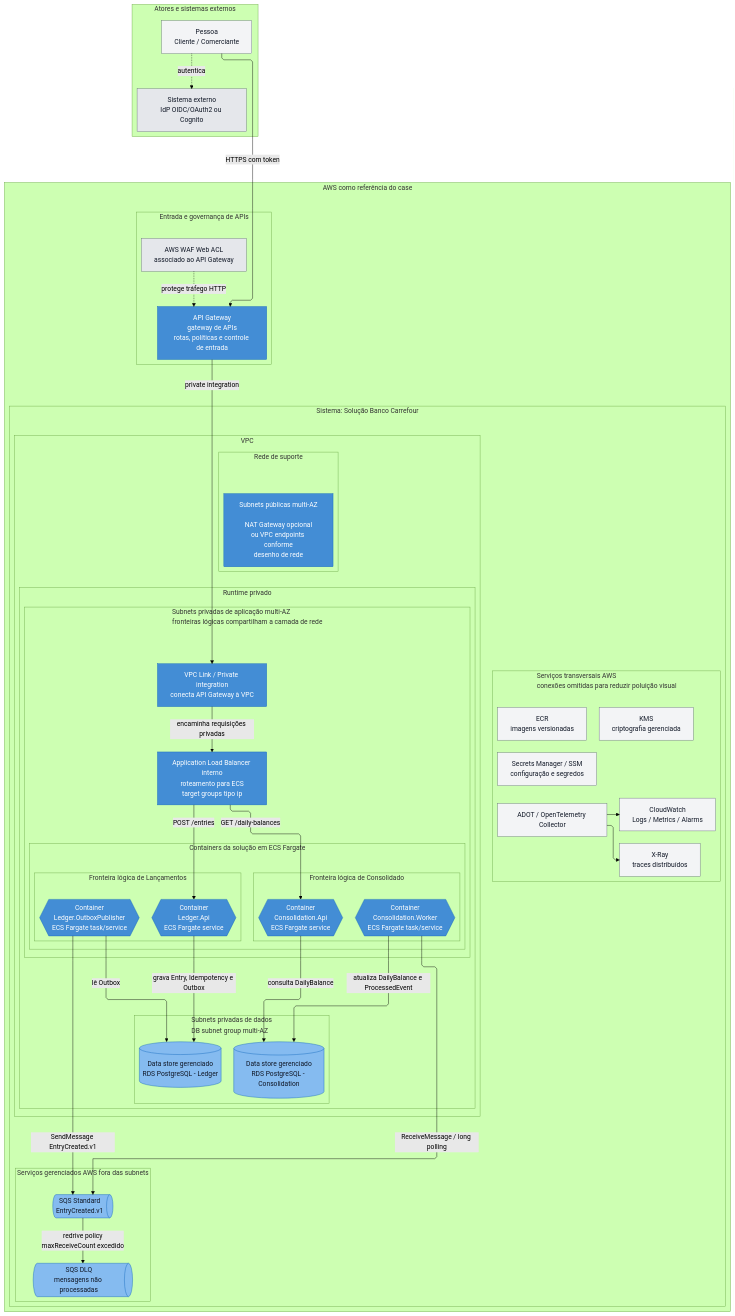
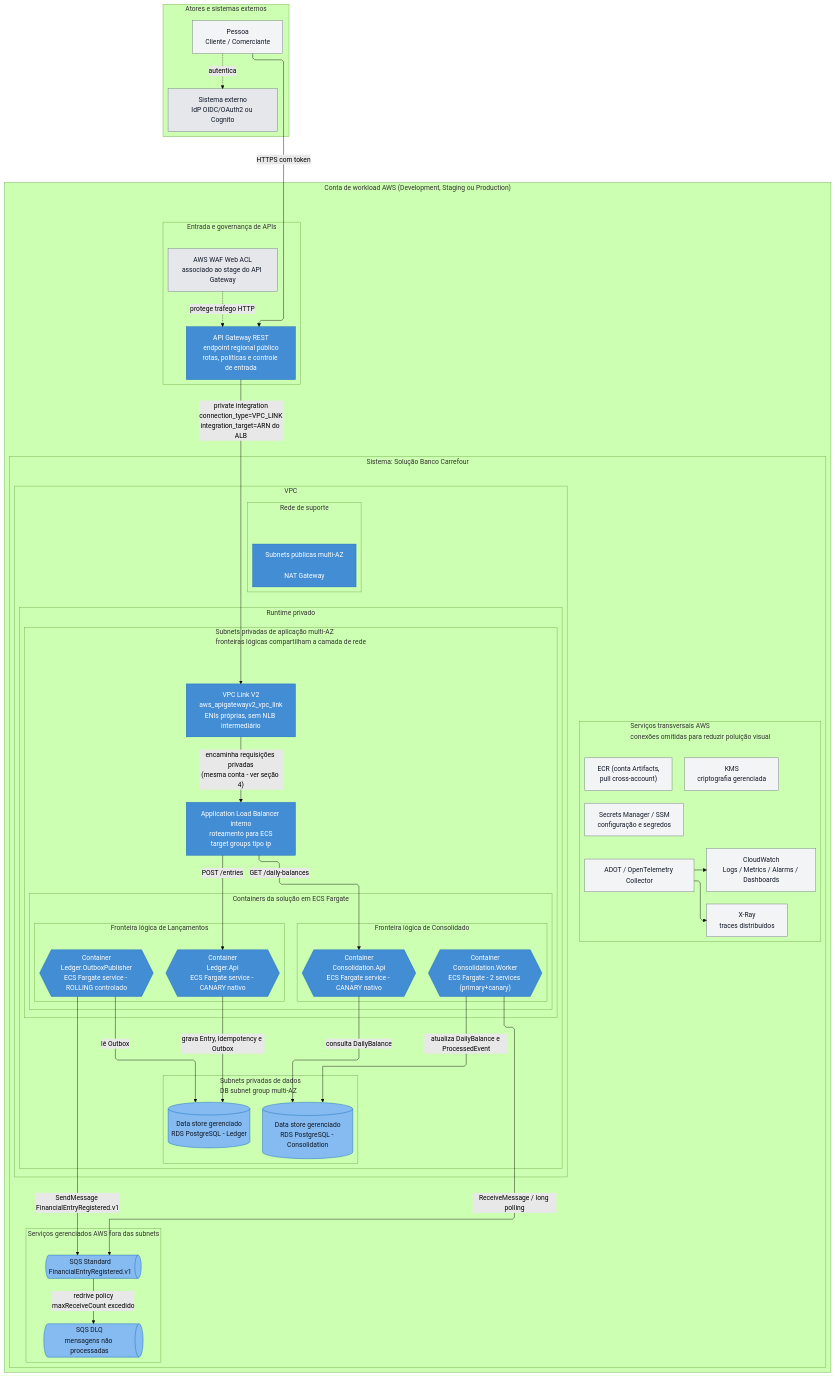
One commit to LeandroVarga/banco-carrefour changed the third of 24 diagrams in docs/architecture/06-diagramas.md. Above: the diagram before and after it, drawn with Mermaid (forest theme). The commit also changed other lines of this file and 58 other files, not shown here.

```diff
--- a/docs/architecture/06-diagramas.md
+++ b/docs/architecture/06-diagramas.md
@@ -96,13 +177,13 @@
         idp["Sistema externo<br/>IdP OIDC/OAuth2 ou Cognito"]
     end
 
-    subgraph aws["AWS como referência do case"]
+    subgraph aws["Conta de workload AWS (Development, Staging ou Production)"]
         direction TB
 
         subgraph edge["Entrada e governança de APIs"]
             direction TB
-            waf["AWS WAF Web ACL<br/>associado ao API Gateway"]
-            apiGateway["API Gateway<br/>gateway de APIs<br/>rotas, políticas e controle de entrada"]
+            waf["AWS WAF Web ACL<br/>associado ao stage do API Gateway"]
+            apiGateway["API Gateway REST<br/>endpoint regional público<br/>rotas, políticas e controle de entrada"]
         end
 
         subgraph solution["Sistema: Solução Banco Carrefour"]
@@ -114,7 +195,7 @@
                 subgraph leftNetworkColumn["Rede de suporte"]
                     direction TB
                     networkSpacer[" "]
-                    publicSubnets["Subnets públicas multi-AZ<br/><br/>NAT Gateway opcional<br/>ou VPC endpoints conforme<br/>desenho de rede"]
+                    publicSubnets["Subnets públicas multi-AZ<br/><br/>NAT Gateway"]
                 end
 
                 subgraph privateRuntimeColumn["Runtime privado"]
@@ -123,7 +204,7 @@
                     subgraph appSubnets["Subnets privadas de aplicação multi-AZ<br/>fronteiras lógicas compartilham a camada de rede"]
                         direction TB
 
-                        vpcLink["VPC Link / Private integration<br/>conecta API Gateway à VPC"]
+                        vpcLinkV2["VPC Link V2<br/>aws_apigatewayv2_vpc_link<br/>ENIs próprias, sem NLB intermediário"]
                         alb["Application Load Balancer interno<br/>roteamento para ECS<br/>target groups tipo ip"]
 
                         subgraph runtime["Containers da solução em ECS Fargate"]
@@ -131,14 +212,14 @@
 
                             subgraph consolidationBoundary["Fronteira lógica de Consolidado"]
                                 direction TB
-                                consolidationApi@{ shape: hex, label: "Container<br/>Consolidation.Api<br/>ECS Fargate service" }
-                                consolidationWorker@{ shape: hex, label: "Container<br/>Consolidation.Worker<br/>ECS Fargate task/service" }
+                                consolidationApi@{ shape: hex, label: "Container<br/>Consolidation.Api<br/>ECS Fargate service - CANARY nativo" }
+                                consolidationWorker@{ shape: hex, label: "Container<br/>Consolidation.Worker<br/>ECS Fargate - 2 services (primary+canary)" }
                             end
 
                             subgraph ledgerBoundary["Fronteira lógica de Lançamentos"]
                                 direction TB
-                                ledgerApi@{ shape: hex, label: "Container<br/>Ledger.Api<br/>ECS Fargate service" }
-                                outboxPublisher@{ shape: hex, label: "Container<br/>Ledger.OutboxPublisher<br/>ECS Fargate task/service" }
+                                ledgerApi@{ shape: hex, label: "Container<br/>Ledger.Api<br/>ECS Fargate service - CANARY nativo" }
+                                outboxPublisher@{ shape: hex, label: "Container<br/>Ledger.OutboxPublisher<br/>ECS Fargate service - ROLLING controlado" }
                             end
                         end
                     end
@@ -153,17 +234,17 @@
 
             subgraph messaging["Serviços gerenciados AWS fora das subnets"]
                 direction TB
-                sqs@{ shape: h-cyl, label: "SQS Standard<br/>EntryCreated.v1" }
+                sqs@{ shape: h-cyl, label: "SQS Standard<br/>FinancialEntryRegistered.v1" }
                 dlq@{ shape: h-cyl, label: "SQS DLQ<br/>mensagens não processadas" }
             end
 
             subgraph crossCutting["Serviços transversais AWS<br/>conexões omitidas para reduzir poluição visual"]
                 direction LR
-                ecr["ECR<br/>imagens versionadas"]
+                ecr["ECR (conta Artifacts,<br/>pull cross-account)"]
                 secrets["Secrets Manager / SSM<br/>configuração e segredos"]
                 kms["KMS<br/>criptografia gerenciada"]
                 adot["ADOT / OpenTelemetry Collector"]
-                cloudwatch["CloudWatch<br/>Logs / Metrics / Alarms"]
+                cloudwatch["CloudWatch<br/>Logs / Metrics / Alarms / Dashboards"]
                 xray["X-Ray<br/>traces distribuídos"]
             end
         end
@@ -173,8 +254,8 @@
     client -->|"HTTPS com token"| apiGateway
     waf -.->|"protege tráfego HTTP"| apiGateway
 
-    apiGateway -->|"private integration"| vpcLink
-    vpcLink -->|"encaminha requisições privadas"| alb
+    apiGateway -->|"private integration<br/>connection_type=VPC_LINK<br/>integration_target=ARN do ALB"| vpcLinkV2
+    vpcLinkV2 -->|"encaminha requisições privadas<br/>(mesma conta - ver seção 4)"| alb
 
     alb -->|"GET /daily-balances"| consolidationApi
     alb -->|"POST /entries"| ledgerApi
@@ -185,7 +266,7 @@
 
     ledgerApi -->|"grava Entry, Idempotency e Outbox"| ledgerRds
     outboxPublisher -->|"lê Outbox"| ledgerRds
-    outboxPublisher -->|"SendMessage EntryCreated.v1"| sqs
+    outboxPublisher -->|"SendMessage FinancialEntryRegistered.v1"| sqs
 
     sqs -->|"redrive policy<br/>maxReceiveCount excedido"| dlq
 
@@ -210,7 +291,7 @@
     class client personNode
     class idp externalNode
     class waf securityNode
-    class apiGateway,vpcLink,alb,publicSubnets internalNode
+    class apiGateway,vpcLinkV2,alb,publicSubnets internalNode
     class consolidationApi,consolidationWorker,ledgerApi,outboxPublisher containerNode
     class consolidationRds,ledgerRds dataNode
     class sqs,dlq queueNode
```
